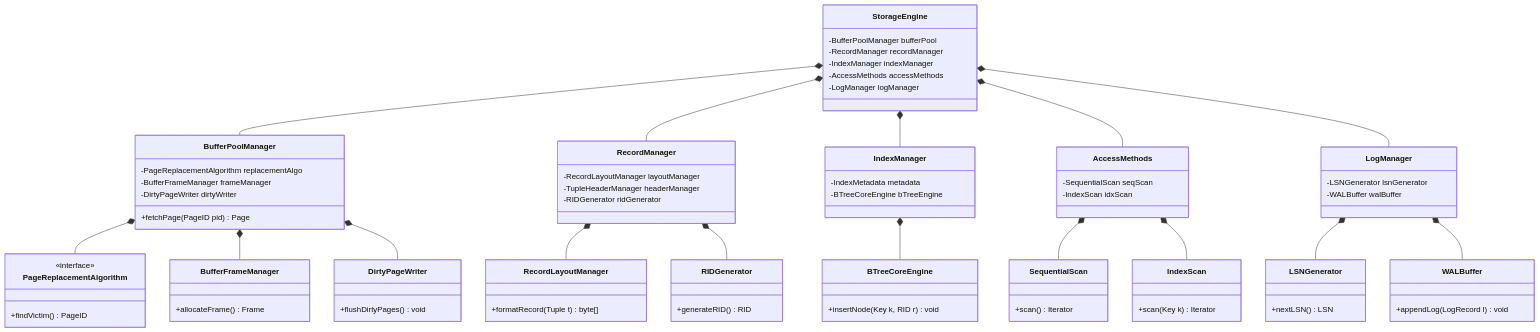
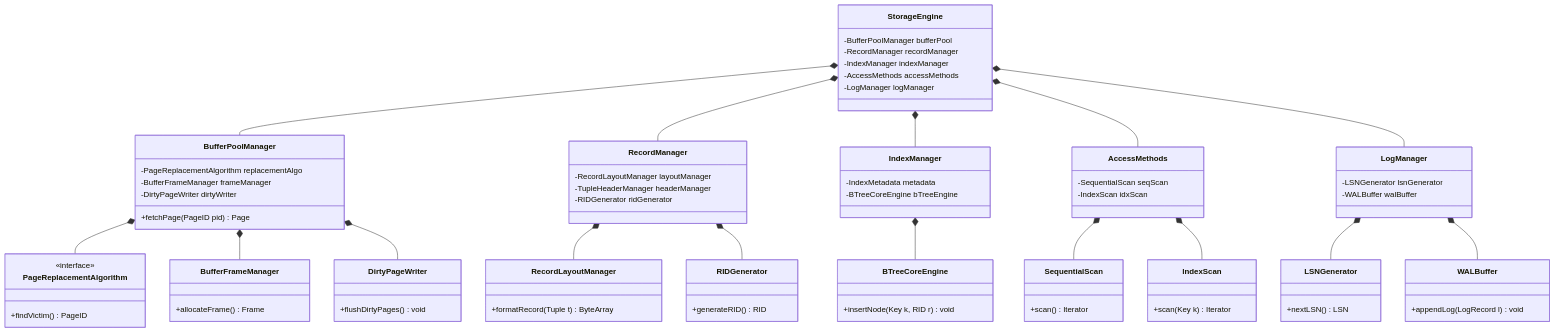
The fourth of 9 diagrams in README.md (TamBui1706/DBMS), drawn with Mermaid before and after one commit. The commit also changed other lines of this file, not shown here.

Commit message:
Fix mermaid syntax for GitHub rendering

````diff
--- a/README.md
+++ b/README.md
@@ -536,80 +536,80 @@
 ```mermaid
 classDiagram
 class StorageEngine {
         -BufferPoolManager bufferPool
         -RecordManager recordManager
         -IndexManager indexManager
         -AccessMethods accessMethods
         -LogManager logManager
     }
     class BufferPoolManager {
         -PageReplacementAlgorithm replacementAlgo
         -BufferFrameManager frameManager
         -DirtyPageWriter dirtyWriter
         +fetchPage(PageID pid) Page
     }
     class PageReplacementAlgorithm {
         <<interface>>
         +findVictim() PageID
     }
     class BufferFrameManager {
         +allocateFrame() Frame
     }
     class DirtyPageWriter {
         +flushDirtyPages() void
     }
     class RecordManager {
         -RecordLayoutManager layoutManager
         -TupleHeaderManager headerManager
         -RIDGenerator ridGenerator
     }
     class RecordLayoutManager {
-        +formatRecord(Tuple t) byte[]
+        +formatRecord(Tuple t) ByteArray
     }
     class RIDGenerator {
         +generateRID() RID
     }
     class IndexManager {
         -IndexMetadata metadata
         -BTreeCoreEngine bTreeEngine
     }
     class BTreeCoreEngine {
         +insertNode(Key k, RID r) void
     }
     class AccessMethods {
         -SequentialScan seqScan
         -IndexScan idxScan
     }
     class SequentialScan {
         +scan() Iterator
     }
     class IndexScan {
         +scan(Key k) Iterator
     }
     class LogManager {
         -LSNGenerator lsnGenerator
         -WALBuffer walBuffer
     }
     class LSNGenerator {
         +nextLSN() LSN
     }
     class WALBuffer {
         +appendLog(LogRecord l) void
     }
 
     StorageEngine *-- BufferPoolManager
     StorageEngine *-- RecordManager
     StorageEngine *-- IndexManager
     StorageEngine *-- AccessMethods
     StorageEngine *-- LogManager
     BufferPoolManager *-- PageReplacementAlgorithm
     BufferPoolManager *-- BufferFrameManager
     BufferPoolManager *-- DirtyPageWriter
     RecordManager *-- RecordLayoutManager
     RecordManager *-- RIDGenerator
     IndexManager *-- BTreeCoreEngine
     AccessMethods *-- SequentialScan
     AccessMethods *-- IndexScan
     LogManager *-- LSNGenerator
     LogManager *-- WALBuffer
 ```
````
